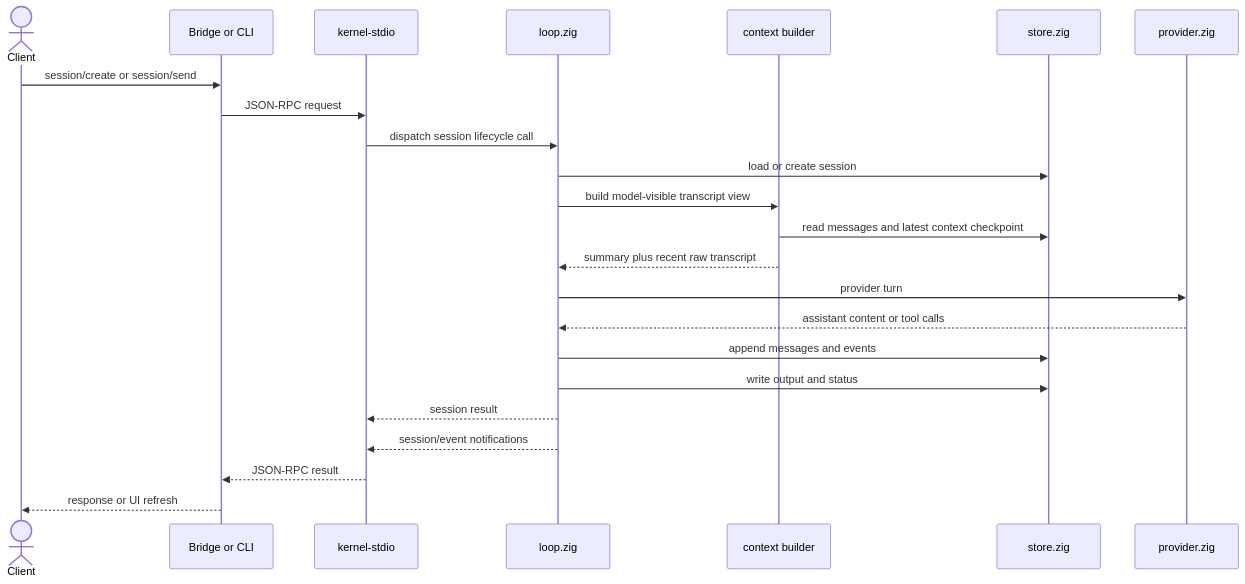
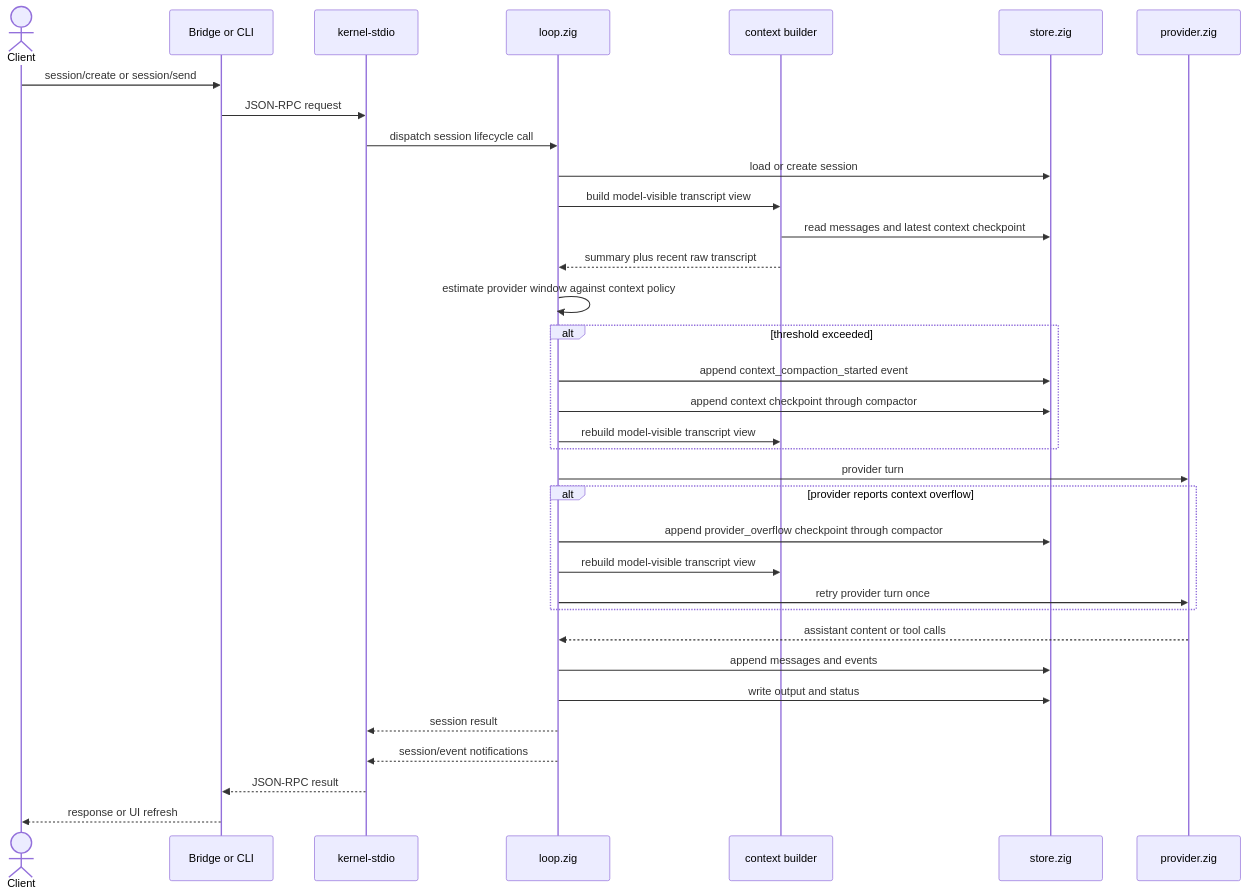
One commit to savageops/VANTARI-ONE changed the second of 7 diagrams in apps/backend/variant-1/architecture.md. Above: the diagram before and after it, drawn with Mermaid. The commit also changed other lines of this file and 31 other files, not shown here.

````diff
--- a/apps/backend/variant-1/architecture.md
+++ b/apps/backend/variant-1/architecture.md
@@ -45,26 +55,37 @@
 ```mermaid
 sequenceDiagram
   actor C as Client
   participant B as Bridge or CLI
   participant K as kernel-stdio
   participant E as loop.zig
   participant X as context builder
   participant S as store.zig
   participant P as provider.zig
 
   C->>B: session/create or session/send
   B->>K: JSON-RPC request
   K->>E: dispatch session lifecycle call
   E->>S: load or create session
   E->>X: build model-visible transcript view
   X->>S: read messages and latest context checkpoint
   X-->>E: summary plus recent raw transcript
+  E->>E: estimate provider window against context policy
+  alt threshold exceeded
+    E->>S: append context_compaction_started event
+    E->>S: append context checkpoint through compactor
+    E->>X: rebuild model-visible transcript view
+  end
   E->>P: provider turn
+  alt provider reports context overflow
+    E->>S: append provider_overflow checkpoint through compactor
+    E->>X: rebuild model-visible transcript view
+    E->>P: retry provider turn once
+  end
   P-->>E: assistant content or tool calls
   E->>S: append messages and events
   E->>S: write output and status
   E-->>K: session result
   E-->>K: session/event notifications
   K-->>B: JSON-RPC result
   B-->>C: response or UI refresh
 ```
````
